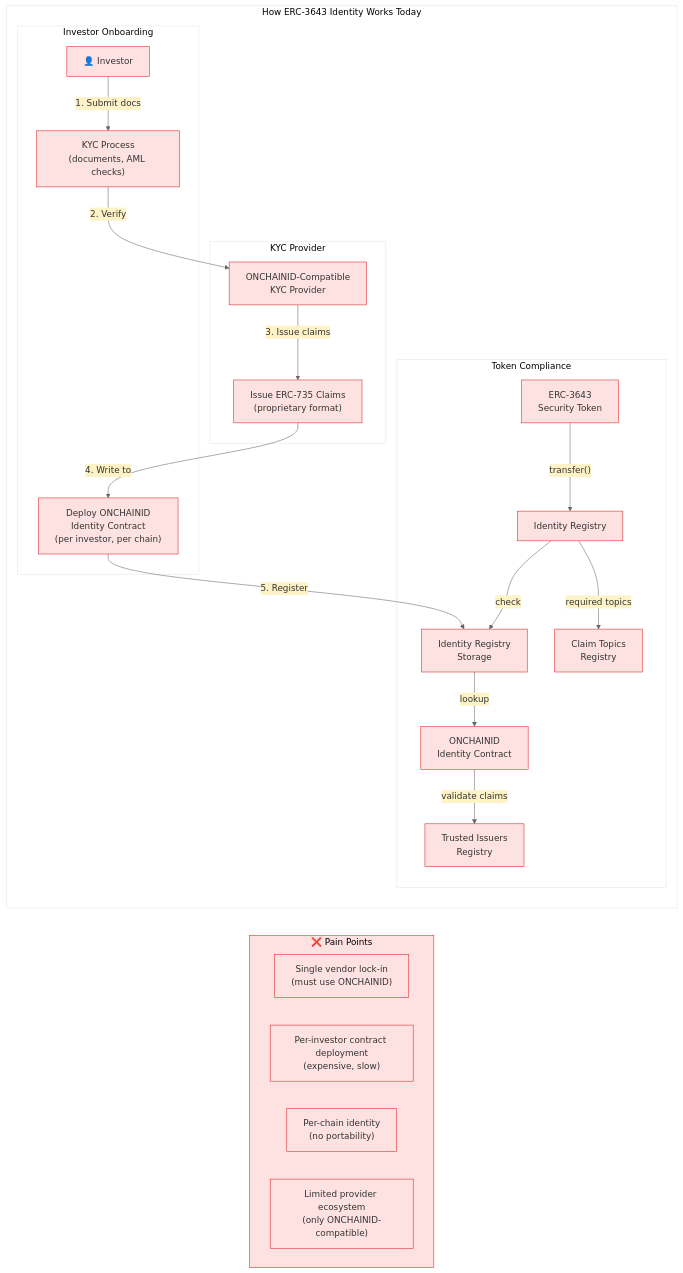
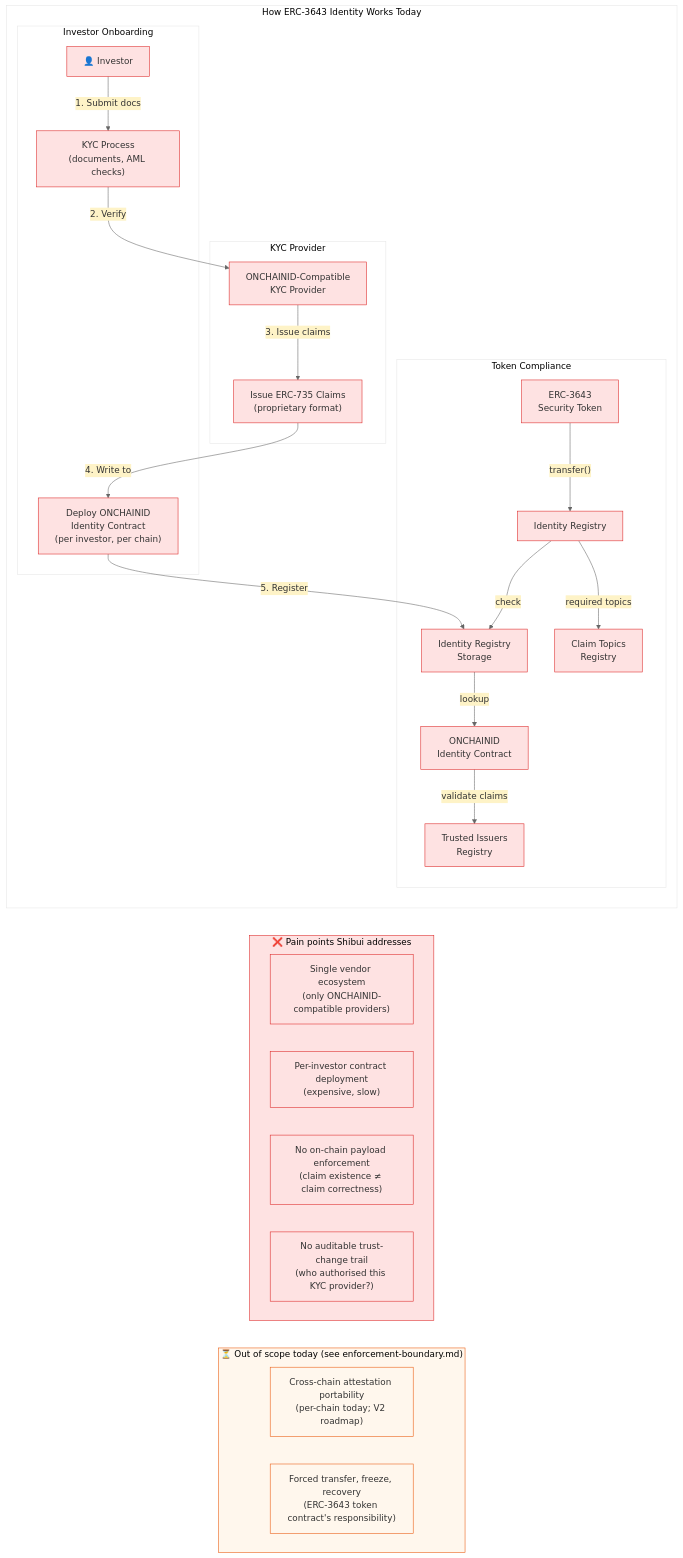
Before and after one commit to EntEthAlliance/rnd-rwa-erc3643-eas: the diagram in diagrams/current-erc3643-identity.mmd, drawn with Mermaid. The commit also changed 12 other files, not shown here.

First line of the commit message:
docs(diagrams): refresh to match v0.4 architecture

```diff
--- a/diagrams/current-erc3643-identity.mmd
+++ b/diagrams/current-erc3643-identity.mmd
@@ -1,52 +1,61 @@
 %%{init: {'theme': 'base', 'themeVariables': { 'primaryColor': '#fee2e2', 'primaryTextColor': '#333', 'primaryBorderColor': '#dc2626', 'lineColor': '#666', 'secondaryColor': '#fef3c7', 'tertiaryColor': '#fff'}}}%%
 flowchart TB
     subgraph Today["How ERC-3643 Identity Works Today"]
         direction TB
 
         subgraph InvestorSide["Investor Onboarding"]
             Investor[👤 Investor]
             KYC_Process["KYC Process<br/>(documents, AML checks)"]
             OCID_Deploy["Deploy ONCHAINID<br/>Identity Contract<br/>(per investor, per chain)"]
         end
 
         subgraph ProviderSide["KYC Provider"]
             Provider["ONCHAINID-Compatible<br/>KYC Provider"]
             Claims["Issue ERC-735 Claims<br/>(proprietary format)"]
         end
 
         subgraph TokenSide["Token Compliance"]
             Token["ERC-3643<br/>Security Token"]
             IR["Identity Registry"]
             IRS["Identity Registry<br/>Storage"]
             CTRS["Claim Topics<br/>Registry"]
             TIR["Trusted Issuers<br/>Registry"]
             OCID_Contract["ONCHAINID<br/>Identity Contract"]
         end
 
         Investor -->|1. Submit docs| KYC_Process
         KYC_Process -->|2. Verify| Provider
         Provider -->|3. Issue claims| Claims
         Claims -->|4. Write to| OCID_Deploy
         OCID_Deploy -->|5. Register| IRS
 
         Token -->|"transfer()"| IR
         IR -->|"check"| IRS
         IRS -->|"lookup"| OCID_Contract
         OCID_Contract -->|"validate claims"| TIR
         IR -->|"required topics"| CTRS
     end
 
-    subgraph Problems["❌ Pain Points"]
-        P1["Single vendor lock-in<br/>(must use ONCHAINID)"]
+    subgraph Problems["❌ Pain points Shibui addresses"]
+        P1["Single vendor ecosystem<br/>(only ONCHAINID-compatible providers)"]
         P2["Per-investor contract deployment<br/>(expensive, slow)"]
-        P3["Per-chain identity<br/>(no portability)"]
-        P4["Limited provider ecosystem<br/>(only ONCHAINID-compatible)"]
+        P3["No on-chain payload enforcement<br/>(claim existence ≠ claim correctness)"]
+        P4["No auditable trust-change trail<br/>(who authorised this KYC provider?)"]
+    end
+
+    subgraph NotAddressed["⏳ Out of scope today (see enforcement-boundary.md)"]
+        N1["Cross-chain attestation portability<br/>(per-chain today; V2 roadmap)"]
+        N2["Forced transfer, freeze, recovery<br/>(ERC-3643 token contract's responsibility)"]
     end
 
     Today ~~~ Problems
+    Problems ~~~ NotAddressed
 
     style Problems fill:#fee2e2,stroke:#dc2626
     style P1 fill:#fee2e2,stroke:#dc2626
     style P2 fill:#fee2e2,stroke:#dc2626
     style P3 fill:#fee2e2,stroke:#dc2626
     style P4 fill:#fee2e2,stroke:#dc2626
+    style NotAddressed fill:#fff7ed,stroke:#ea580c
+    style N1 fill:#fff7ed,stroke:#ea580c
+    style N2 fill:#fff7ed,stroke:#ea580c
```
